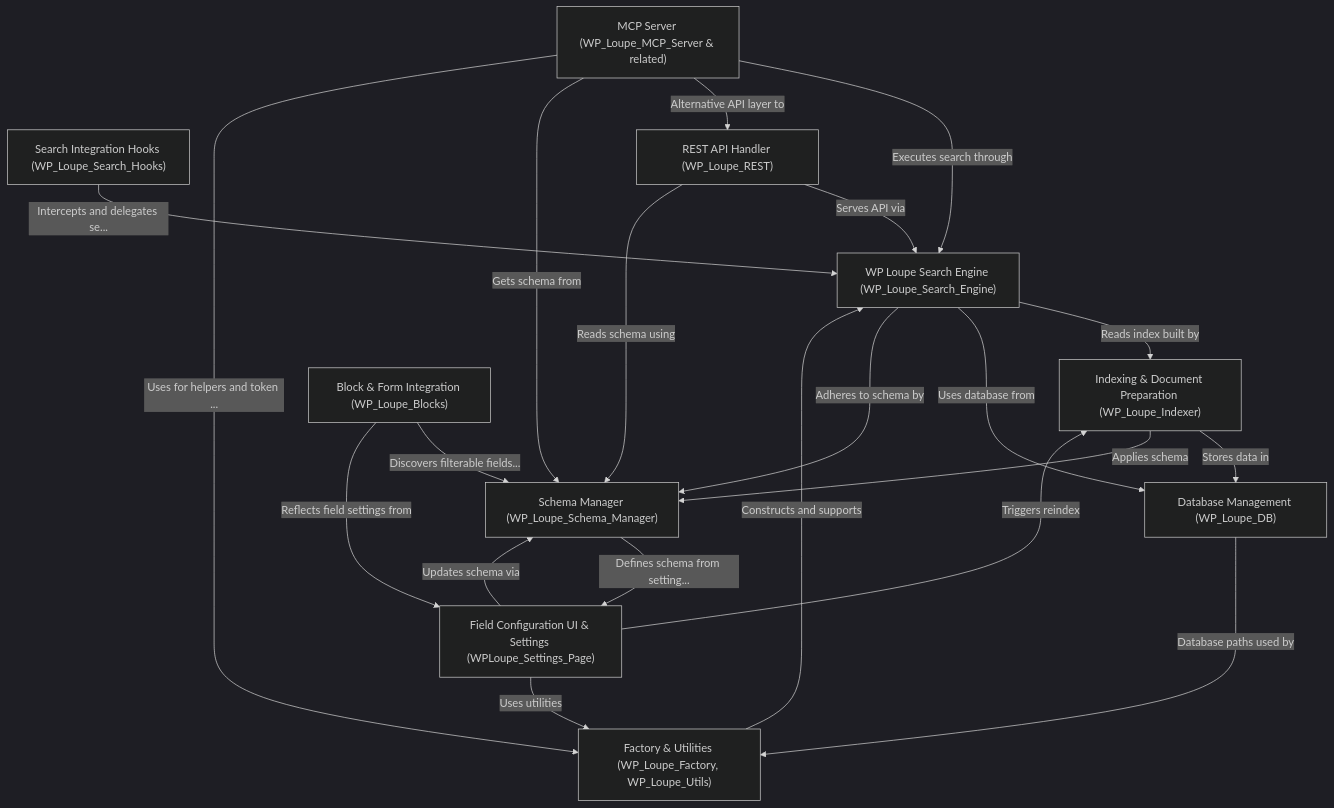
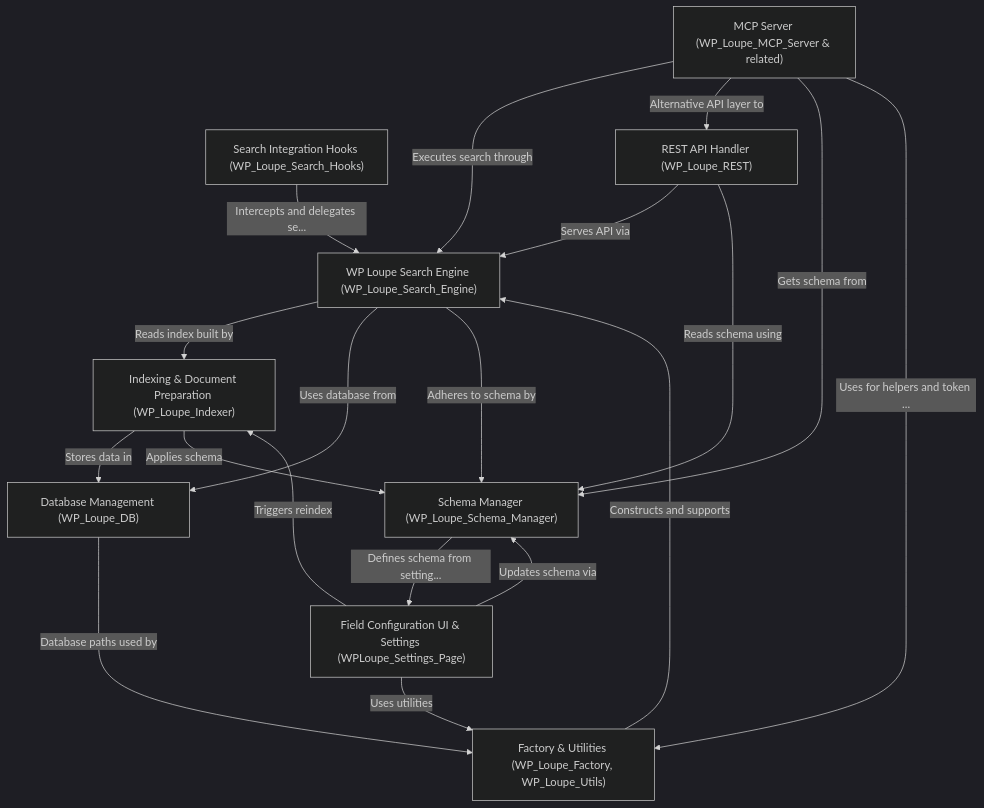
The diagram in docs/tutorial/README.md (soderlind/loupe-search), drawn with Mermaid (dark theme) before and after one commit. The commit also changed other lines of this file and 24 other files, not shown here.

````diff
--- a/docs/tutorial/README.md
+++ b/docs/tutorial/README.md
@@ -11,43 +11,39 @@
 ```mermaid
 flowchart TD
     A0["WP Loupe Search Engine (WP_Loupe_Search_Engine)
 "]
     A1["Search Integration Hooks (WP_Loupe_Search_Hooks)
 "]
     A2["Indexing & Document Preparation (WP_Loupe_Indexer)
 "]
     A3["Database Management (WP_Loupe_DB)
 "]
     A4["Schema Manager (WP_Loupe_Schema_Manager)
 "]
     A5["Field Configuration UI & Settings (WPLoupe_Settings_Page)
-"]
-    A6["Block & Form Integration (WP_Loupe_Blocks)
 "]
     A7["MCP Server (WP_Loupe_MCP_Server & related)
 "]
     A8["Factory & Utilities (WP_Loupe_Factory, WP_Loupe_Utils)
 "]
     A9["REST API Handler (WP_Loupe_REST)
 "]
     A0 -- "Reads index built by" --> A2
     A0 -- "Uses database from" --> A3
     A0 -- "Adheres to schema by" --> A4
     A1 -- "Intercepts and delegates se..." --> A0
     A2 -- "Stores data in" --> A3
     A2 -- "Applies schema" --> A4
     A4 -- "Defines schema from setting..." --> A5
     A5 -- "Updates schema via" --> A4
     A5 -- "Triggers reindex" --> A2
     A5 -- "Uses utilities" --> A8
-    A6 -- "Discovers filterable fields..." --> A4
-    A6 -- "Reflects field settings from" --> A5
     A9 -- "Serves API via" --> A0
     A9 -- "Reads schema using" --> A4
     A7 -- "Executes search through" --> A0
     A7 -- "Alternative API layer to" --> A9
     A7 -- "Gets schema from" --> A4
     A7 -- "Uses for helpers and token ..." --> A8
     A8 -- "Constructs and supports" --> A0
     A3 -- "Database paths used by" --> A8
 ```
````
